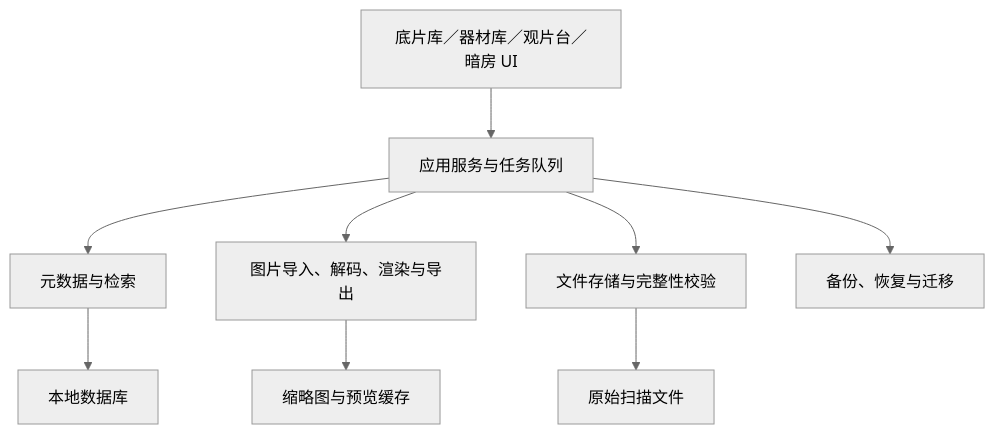
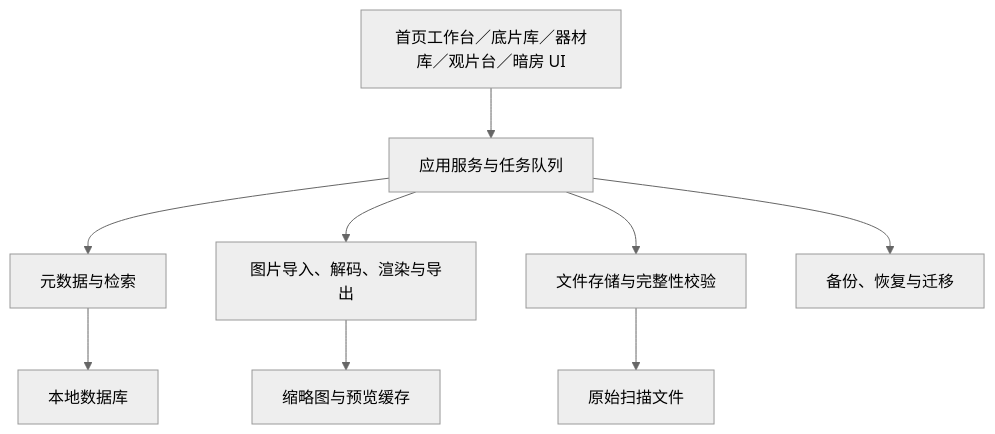
The fourth of 4 diagrams in 胶片管理应用-产品与系统设计文档.md (pluto037/FilmManage), drawn with Mermaid (neutral theme) before and after one commit. The commit also changed other lines of this file and 1 other file, not shown here.

````diff
--- a/胶片管理应用-产品与系统设计文档.md
+++ b/胶片管理应用-产品与系统设计文档.md
@@ -391,11 +451,11 @@
 ```mermaid
 graph TB
-    UI["底片库／器材库／观片台／暗房 UI"] --> APP["应用服务与任务队列"]
+    UI["首页工作台／底片库／器材库／观片台／暗房 UI"] --> APP["应用服务与任务队列"]
     APP --> META["元数据与检索"]
     APP --> MEDIA["图片导入、解码、渲染与导出"]
     APP --> FILES["文件存储与完整性校验"]
     APP --> BACKUP["备份、恢复与迁移"]
     META --> DB["本地数据库"]
     MEDIA --> CACHE["缩略图与预览缓存"]
     FILES --> ORIGINALS["原始扫描文件"]
 ```
````
